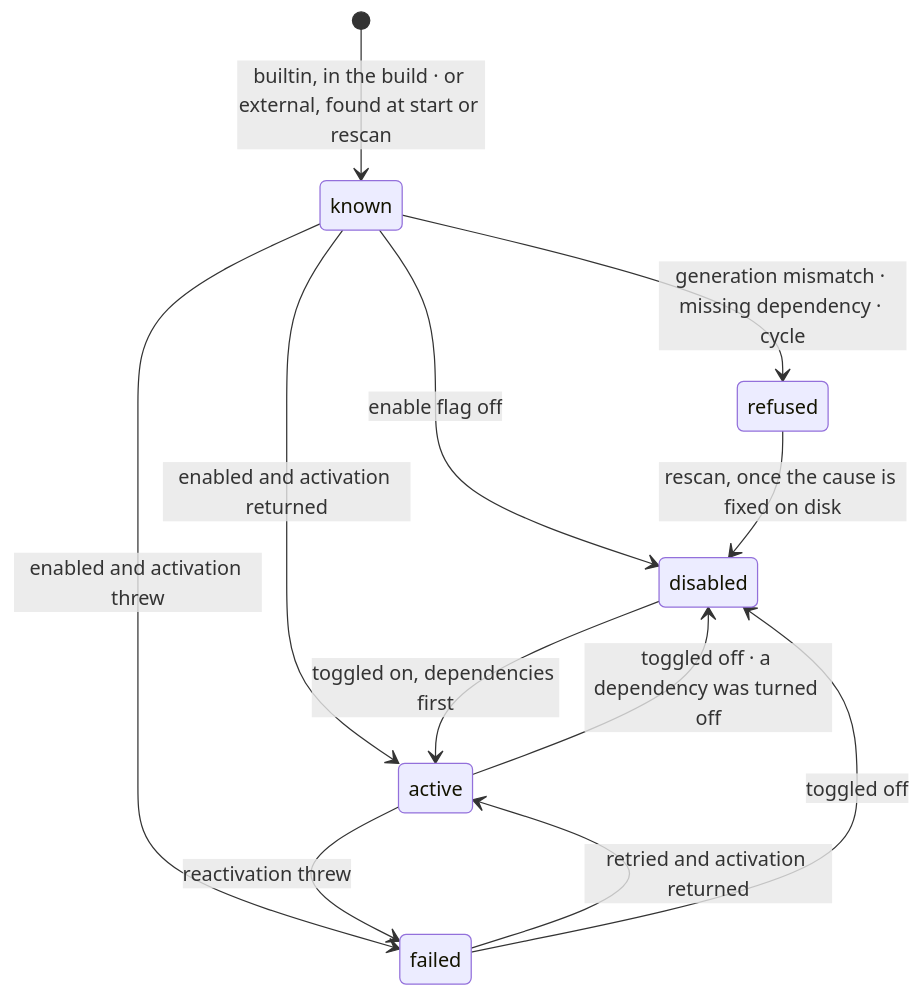
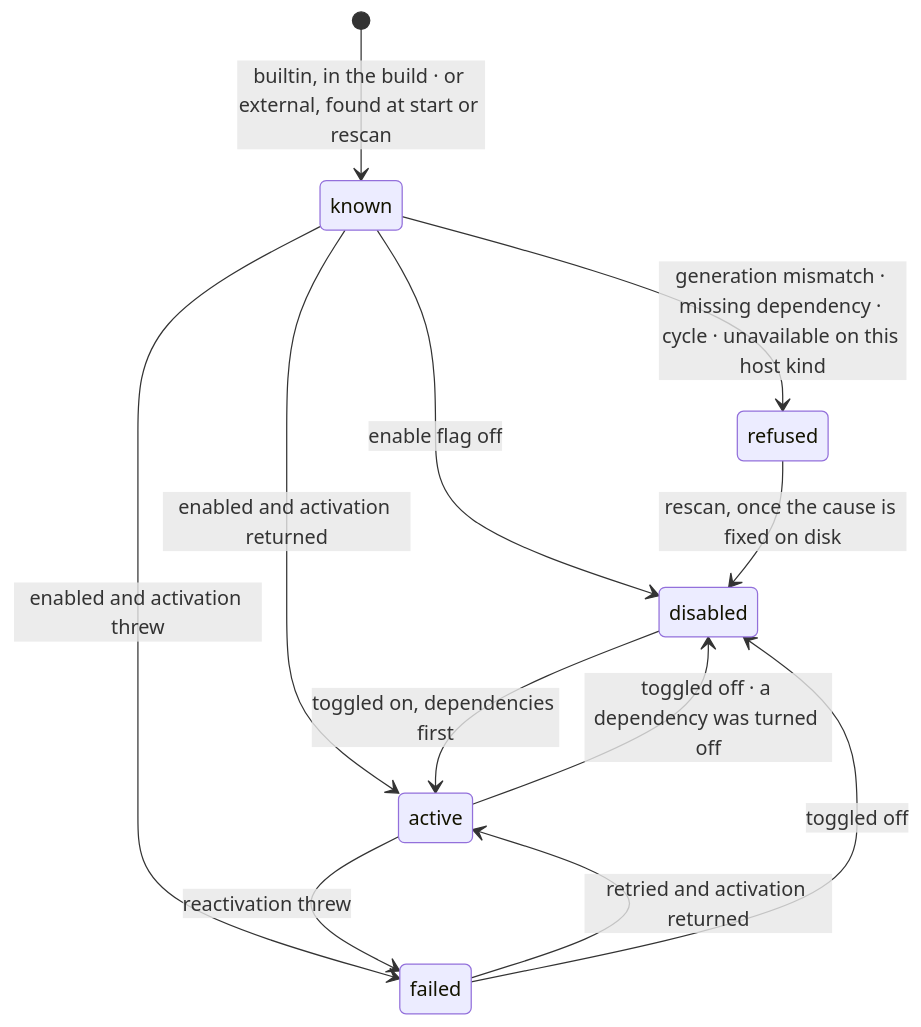
The sixth of 9 diagrams in src/SharpRail.Plugins.Api/SPEC.md (CommanderTvis/sharprail), drawn with Mermaid before and after one commit. The commit also changed other lines of this file and 7 other files, not shown here.

````diff
--- a/src/SharpRail.Plugins.Api/SPEC.md
+++ b/src/SharpRail.Plugins.Api/SPEC.md
@@ -451,14 +452,14 @@
 ```mermaid
 stateDiagram-v2
     [*] --> known: builtin, in the build · or external, found at start or rescan
-    known --> refused: generation mismatch · missing dependency · cycle
+    known --> refused: generation mismatch · missing dependency · cycle · unavailable on this host kind
     known --> disabled: enable flag off
     known --> active: enabled and activation returned
     known --> failed: enabled and activation threw
     disabled --> active: toggled on, dependencies first
     active --> disabled: toggled off · a dependency was turned off
     active --> failed: reactivation threw
     failed --> active: retried and activation returned
     failed --> disabled: toggled off
     refused --> disabled: rescan, once the cause is fixed on disk
 ```
````
